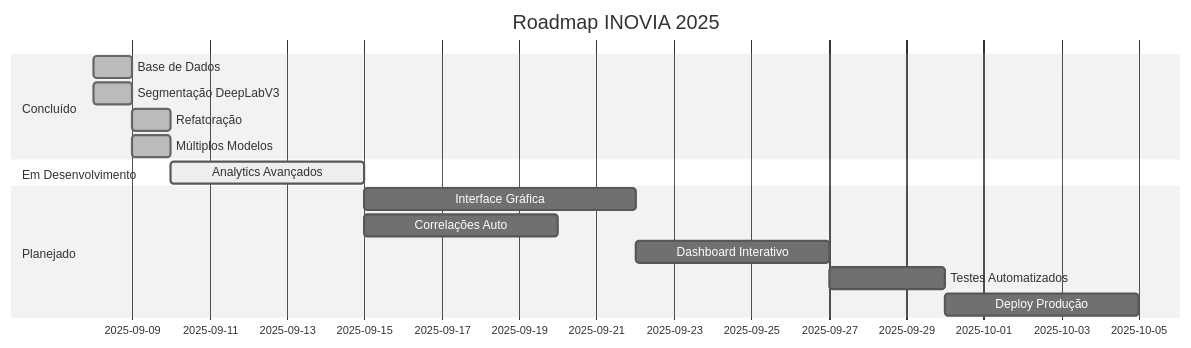
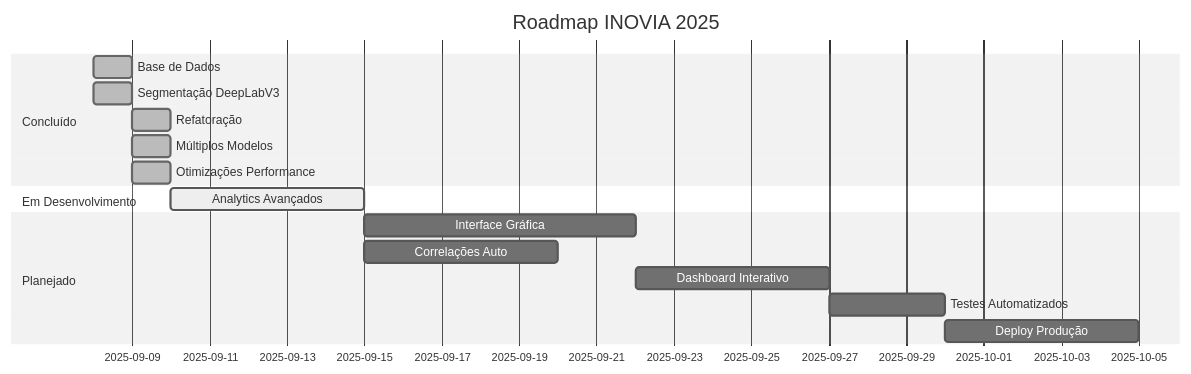
The fourth of 4 diagrams in README.md (danilorigitano/DesafioInovia-dev), drawn with Mermaid (neutral theme) before and after one commit. The commit also changed other lines of this file and 5 other files, not shown here.

````diff
--- a/README.md
+++ b/README.md
@@ -325,20 +388,21 @@
 ```mermaid
 gantt
     title Roadmap INOVIA 2025
     dateFormat  YYYY-MM-DD
     section Concluído
     Base de Dados       :done, base, 2025-09-08, 1d
     Segmentação DeepLabV3 :done, deep, 2025-09-08, 1d
     Refatoração         :done, refact, 2025-09-09, 1d
     Múltiplos Modelos   :done, multi, 2025-09-09, 1d
+    Otimizações Performance :done, optim, 2025-09-09, 1d
     
     section Em Desenvolvimento
     Analytics Avançados :active, analytics, 2025-09-10, 5d
     
     section Planejado
     Interface Gráfica   :ui, after analytics, 7d
     Correlações Auto    :corr, after analytics, 5d
     Dashboard Interativo :dash, after ui, 5d
     Testes Automatizados :test, after dash, 3d
     Deploy Produção     :deploy, after test, 5d
 ```
````
